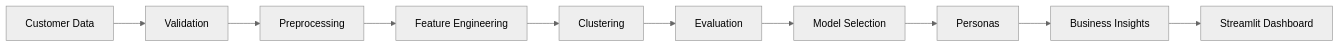
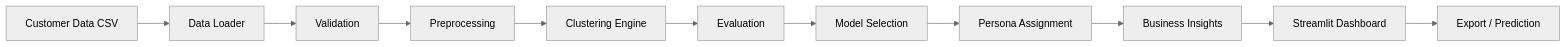
The diagram in README.md (ARJUN-0402/Intelligent-Customer-Segmentation), drawn with Mermaid (neutral theme) before and after one commit. The commit also changed other lines of this file and 16 other files, not shown here.

Commit message:
feat: implement modular clustering engine with support for K-Means, Agglomerative, DBSCAN, and GMM algorithms

````diff
--- a/README.md
+++ b/README.md
@@ -33,12 +34,13 @@
 ```mermaid
 flowchart LR
-    A[Customer Data] --> B[Validation]
-    B --> C[Preprocessing]
-    C --> D[Feature Engineering]
-    D --> E[Clustering]
+    A[Customer Data CSV] --> B[Data Loader]
+    B --> C[Validation]
+    C --> D[Preprocessing]
+    D --> E[Clustering Engine]
     E --> F[Evaluation]
     F --> G[Model Selection]
-    G --> H[Personas]
+    G --> H[Persona Assignment]
     H --> I[Business Insights]
     I --> J[Streamlit Dashboard]
+    J --> K[Export / Prediction]
 ```
````
